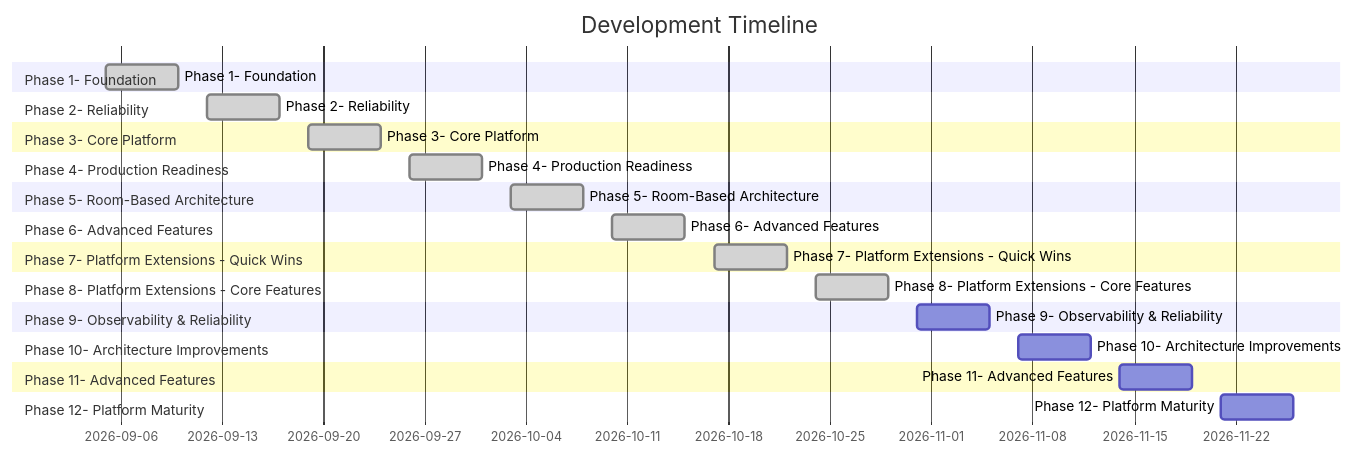
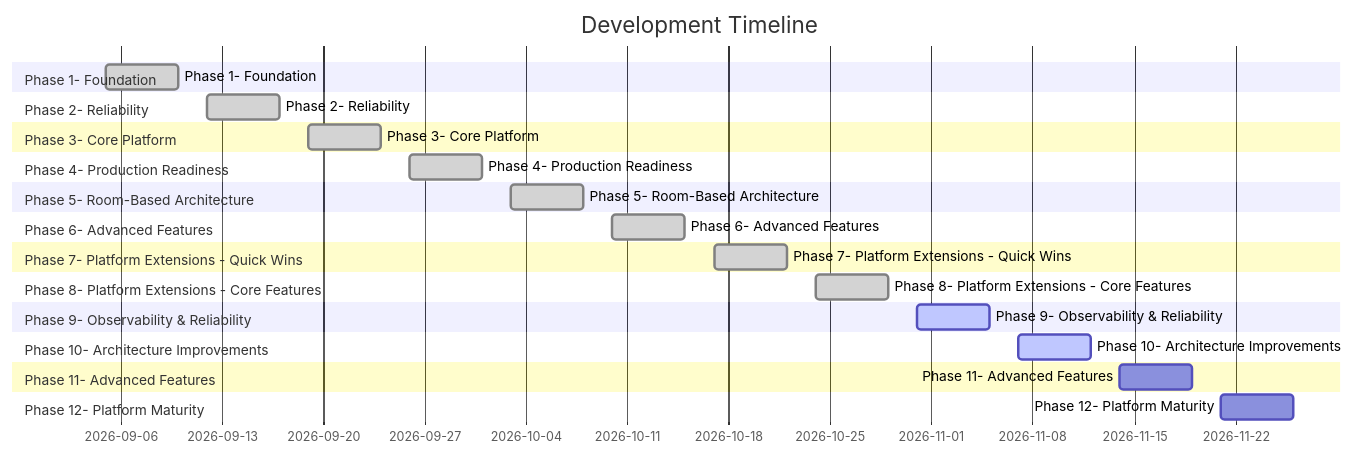
Before and after one commit to Alkamenos/smart-home-platform: the diagram in ROADMAP.md, drawn with Mermaid. The commit also changed other lines of this file, not shown here.

````diff
--- a/ROADMAP.md
+++ b/ROADMAP.md
@@ -5,42 +5,42 @@
 ```mermaid
 gantt
     title Development Timeline
     dateFormat YYYY-MM-DD
 
     section Phase 1- Foundation
     Phase 1- Foundation :done, p1, 2026-09-05, 2026-09-10
 
     section Phase 2- Reliability
     Phase 2- Reliability :done, p2, 2026-09-12, 2026-09-17
 
     section Phase 3- Core Platform
     Phase 3- Core Platform :done, p3, 2026-09-19, 2026-09-24
 
     section Phase 4- Production Readiness
     Phase 4- Production Readiness :done, p4, 2026-09-26, 2026-10-01
 
     section Phase 5- Room-Based Architecture
     Phase 5- Room-Based Architecture :done, p5, 2026-10-03, 2026-10-08
 
     section Phase 6- Advanced Features
     Phase 6- Advanced Features :done, p6, 2026-10-10, 2026-10-15
 
     section Phase 7- Platform Extensions - Quick Wins
     Phase 7- Platform Extensions - Quick Wins :done, p7, 2026-10-17, 2026-10-22
 
     section Phase 8- Platform Extensions - Core Features
     Phase 8- Platform Extensions - Core Features :done, p8, 2026-10-24, 2026-10-29
 
     section Phase 9- Observability & Reliability
-    Phase 9- Observability & Reliability :p9, 2026-10-31, 2026-11-05
+    Phase 9- Observability & Reliability :active, p9, 2026-10-31, 2026-11-05
 
     section Phase 10- Architecture Improvements
-    Phase 10- Architecture Improvements :p10, 2026-11-07, 2026-11-12
+    Phase 10- Architecture Improvements :active, p10, 2026-11-07, 2026-11-12
 
     section Phase 11- Advanced Features
     Phase 11- Advanced Features :p11, 2026-11-14, 2026-11-19
 
     section Phase 12- Platform Maturity
     Phase 12- Platform Maturity :p12, 2026-11-21, 2026-11-26
 
 ```
````
